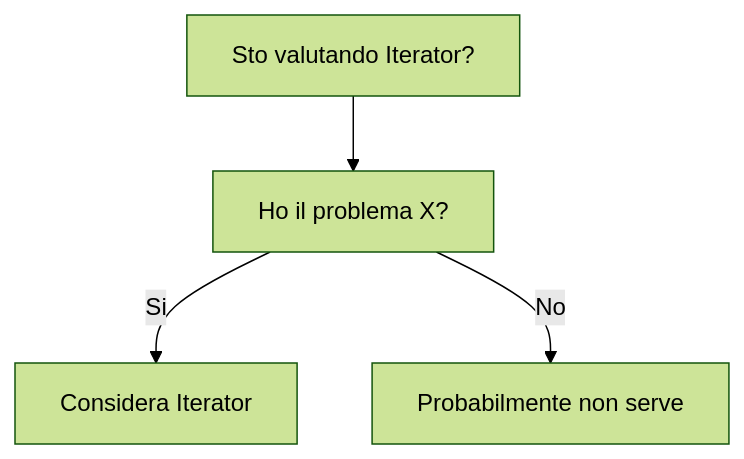
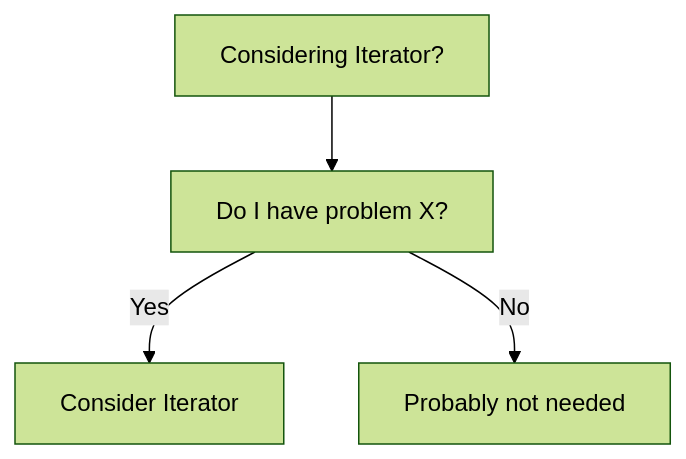
One commit to HxT9/Software-Dev-Wiki changed the diagram in dev-wiki/03_Design_Patterns/Behavioral/Iterator/When_To_Use.md. Above: the diagram before and after it, drawn with Mermaid (forest theme). The commit also changed other lines of this file and 3444 other files, not shown here.

````diff
--- a/dev-wiki/03_Design_Patterns/Behavioral/Iterator/When_To_Use.md
+++ b/dev-wiki/03_Design_Patterns/Behavioral/Iterator/When_To_Use.md
@@ -19,6 +19,6 @@
 ```mermaid
 flowchart TD
-  Q[Sto valutando Iterator?] --> Q1[Ho il problema X?]
-  Q1 -->|Si| OK[Considera Iterator]
-  Q1 -->|No| NO[Probabilmente non serve]
+  Q[Considering Iterator?] --> Q1[Do I have problem X?]
+  Q1 -->|Yes| OK[Consider Iterator]
+  Q1 -->|No| NO[Probably not needed]
 ```
````
